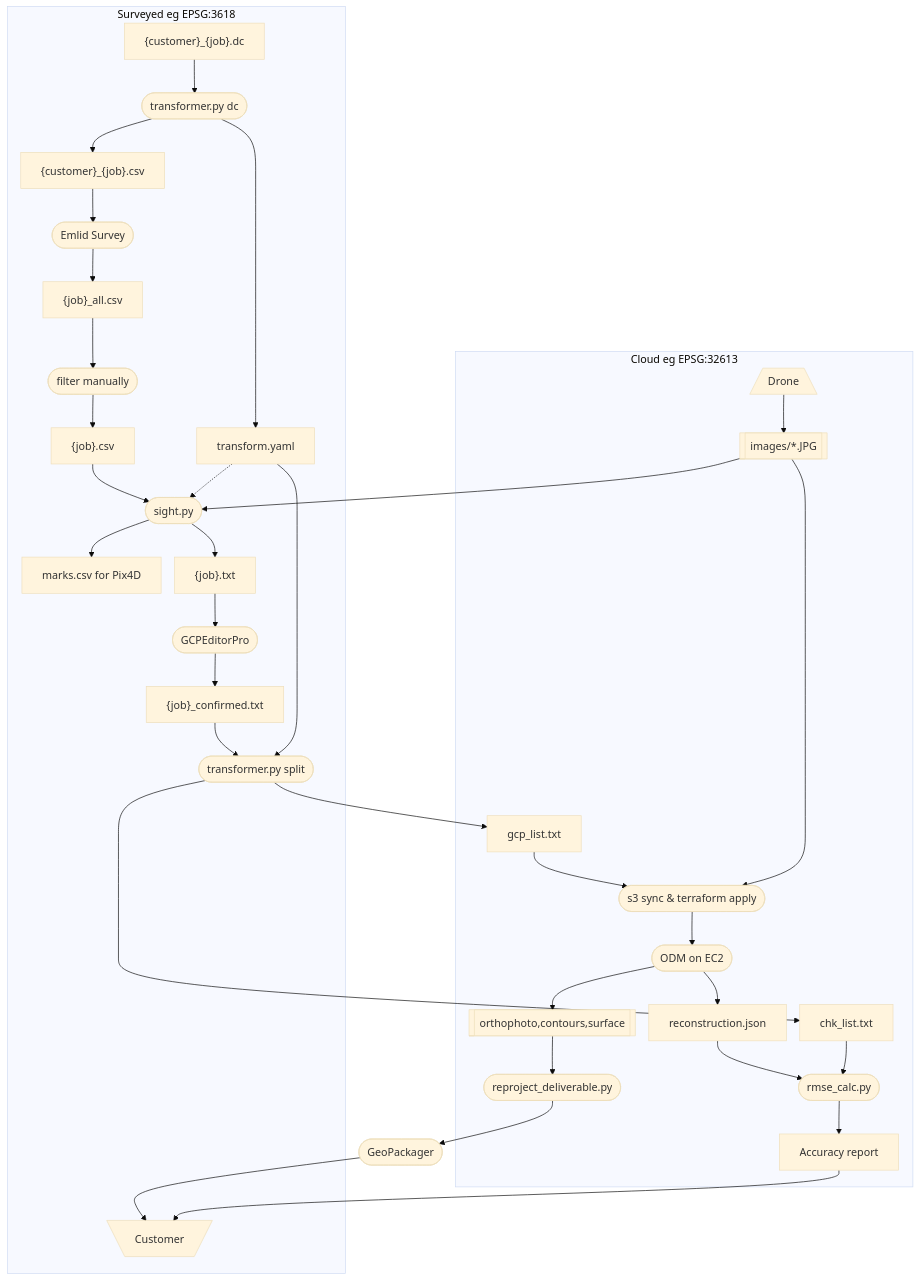
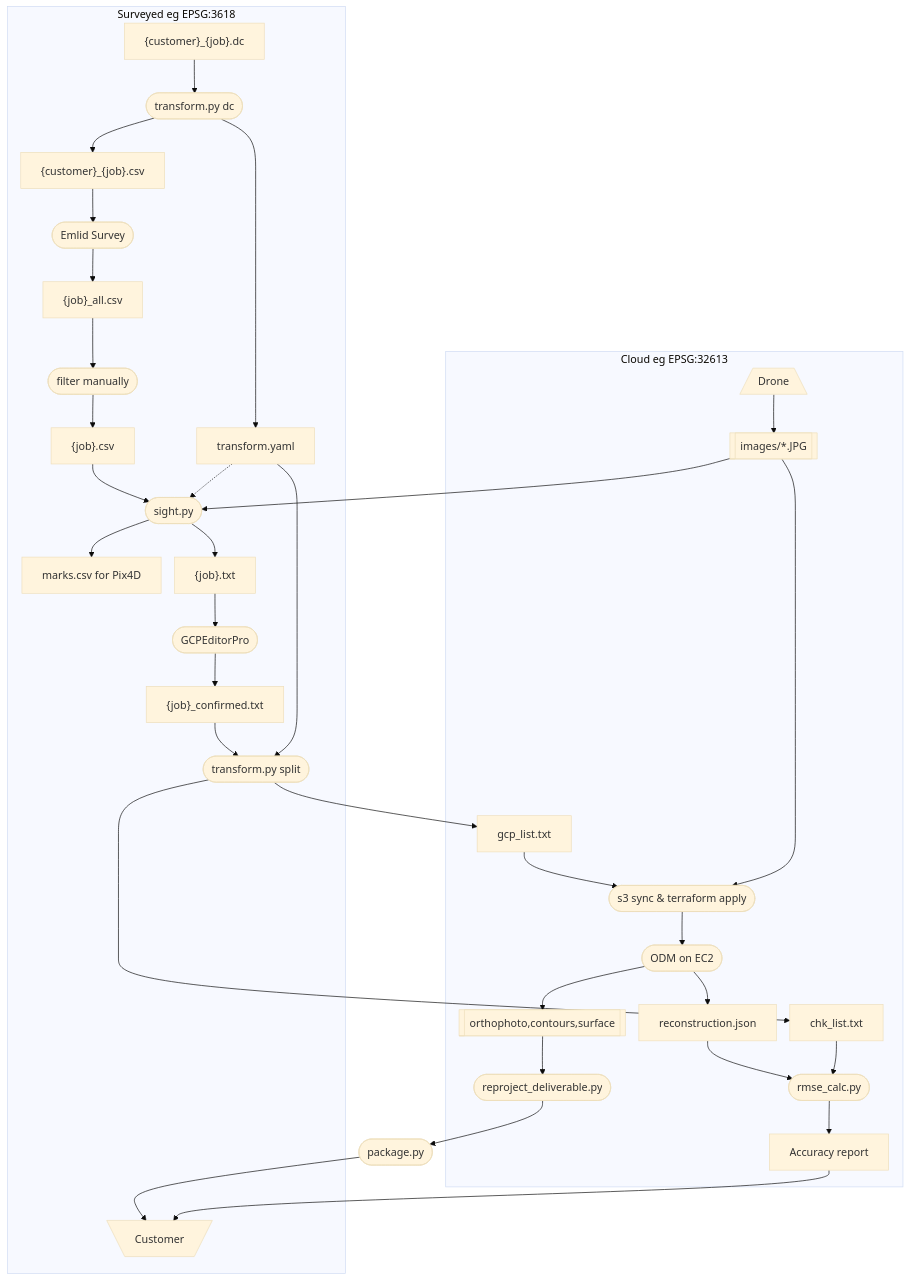
One commit to jrstear/geo changed the diagram in docs/odm-workflow.md. Above: the diagram before and after it, drawn with Mermaid. The commit also changed other lines of this file and 2 other files, not shown here.

Commit message:
refactor: rename transformer.py → transform.py (consistent with sight/package)

````diff
--- a/docs/odm-workflow.md
+++ b/docs/odm-workflow.md
@@ -9,62 +9,62 @@
 ```mermaid
 %%{init: {'theme': 'base', 'flowchart': {'nodeSpacing': 20}}}%%
 flowchart TD
     cust_dc["{customer}_{job}.dc"]
-    extract(["transformer.py dc"])
+    extract(["transform.py dc"])
     cust_csv["{customer}_{job}.csv"]
     transform_yaml["transform.yaml"]
     emlid(["Emlid Survey"])
     all["{job}_all.csv"]
     filter(["filter manually"])
     filtered["{job}.csv"]
     sight(["sight.py"])
     marks["marks.csv for Pix4D"]
     targets["{job}.txt"]
     gcpeditor(["GCPEditorPro"])
     confirmed["{job}_confirmed.txt"]
-    prepare(["transformer.py split"])
+    prepare(["transform.py split"])
     control["gcp_list.txt"]
     check["chk_list.txt"]
     s3(["s3 sync & terraform apply"])
     odm(["ODM on EC2"])
     rmse(["rmse_calc.py"])
     drone[/"Drone"\]
     images[["images/*.JPG"]]
     deliverables[["orthophoto,contours,surface"]]
     reproject(["reproject_deliverable.py"])
-    packager(["GeoPackager"])
+    packager(["package.py"])
     report["Accuracy report"]
     model["reconstruction.json"]
     customer[\"Customer"/]
 
 	subgraph Surveyed eg EPSG:3618
 	    cust_dc --> extract --> cust_csv --> emlid
 	    extract --> transform_yaml
 	    emlid --> all --> filter --> filtered
 	    filtered --> sight --> targets
 	    sight --> marks
 	    transform_yaml -.-> sight
 	    targets --> gcpeditor
 	    gcpeditor --> confirmed
 	    confirmed --> prepare
 	    transform_yaml --> prepare
 	    customer
 	end
     
     subgraph Cloud eg EPSG:32613
 	    drone --> images
 	    prepare --> control
 	    prepare --> check
 	    control --> s3
 	    s3 --> odm --> deliverables
 	    odm --> model --> rmse
 	    check --> rmse --> report
             deliverables --> reproject
 	end
 
     images --> sight
     images --> s3
     reproject --> packager --> customer
     report --> customer
 
 ```
````
